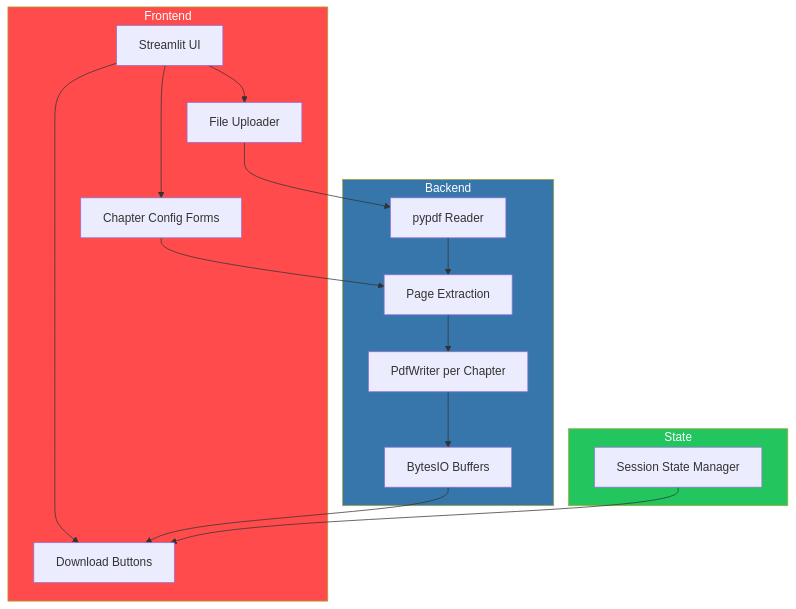
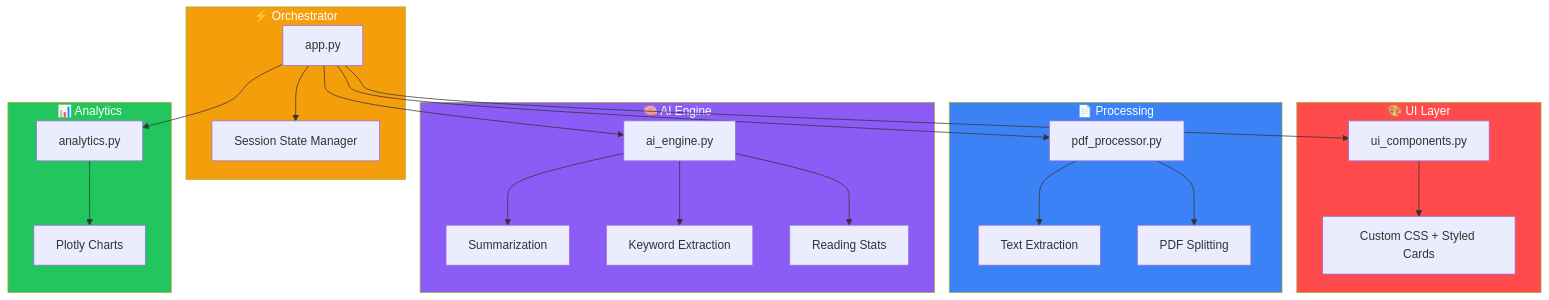
The second of 2 diagrams in README.md (shah-bakhsh/pdf-splitter-pro), drawn with Mermaid before and after one commit. The commit also changed other lines of this file and 6 other files, not shown here.

````diff
--- a/README.md
+++ b/README.md
@@ -85,24 +104,32 @@
 ```mermaid
 graph TB
-    subgraph Frontend
-        A[Streamlit UI] --> B[File Uploader]
-        A --> C[Chapter Config Forms]
-        A --> D[Download Buttons]
+    subgraph UI["🎨 UI Layer"]
+        A[ui_components.py] --> B[Custom CSS + Styled Cards]
     end
-    subgraph Backend
-        E[pypdf Reader] --> F[Page Extraction]
-        F --> G[PdfWriter per Chapter]
-        G --> H[BytesIO Buffers]
+    subgraph App["⚡ Orchestrator"]
+        C[app.py] --> D[Session State Manager]
     end
-    subgraph State
-        I[Session State Manager]
+    subgraph Processing["📄 Processing"]
+        E[pdf_processor.py] --> F[Text Extraction]
+        E --> G[PDF Splitting]
     end
-    B --> E
-    C --> F
-    H --> D
-    I --> D
+    subgraph AI["🧠 AI Engine"]
+        H[ai_engine.py] --> I[Summarization]
+        H --> J[Keyword Extraction]
+        H --> K[Reading Stats]
+    end
+    subgraph Charts["📊 Analytics"]
+        L[analytics.py] --> M[Plotly Charts]
+    end
 
-    style Frontend fill:#FF4B4B,color:#fff
-    style Backend fill:#3776AB,color:#fff
-    style State fill:#22C55E,color:#fff
+    C --> A
+    C --> E
+    C --> H
+    C --> L
+
+    style UI fill:#FF4B4B,color:#fff
+    style App fill:#F59E0B,color:#fff
+    style Processing fill:#3B82F6,color:#fff
+    style AI fill:#8B5CF6,color:#fff
+    style Charts fill:#22C55E,color:#fff
 ```
````
